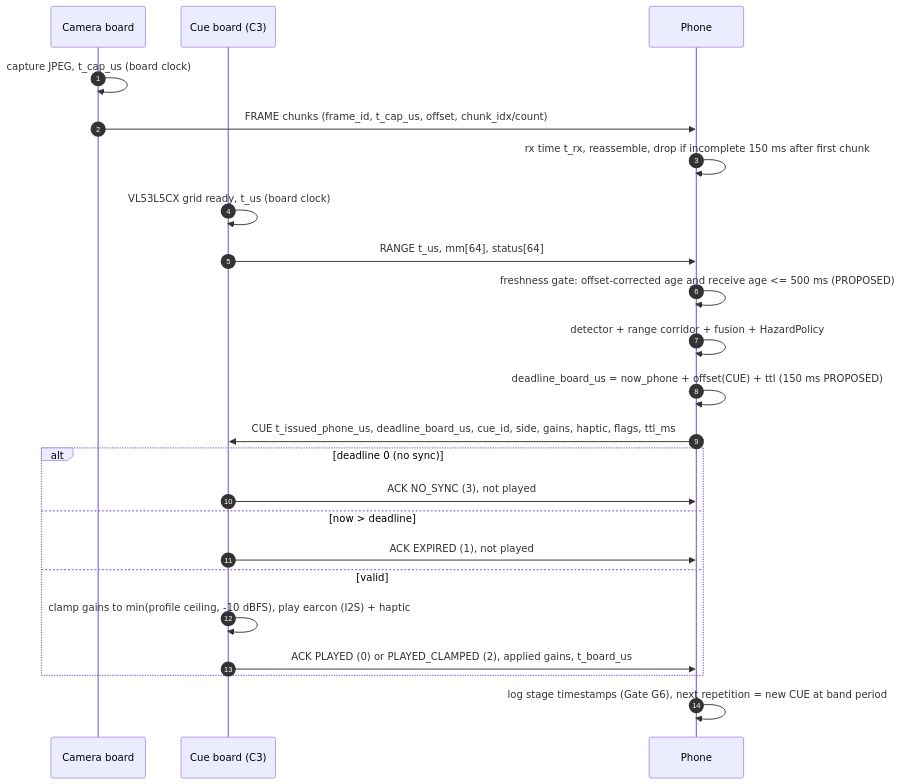
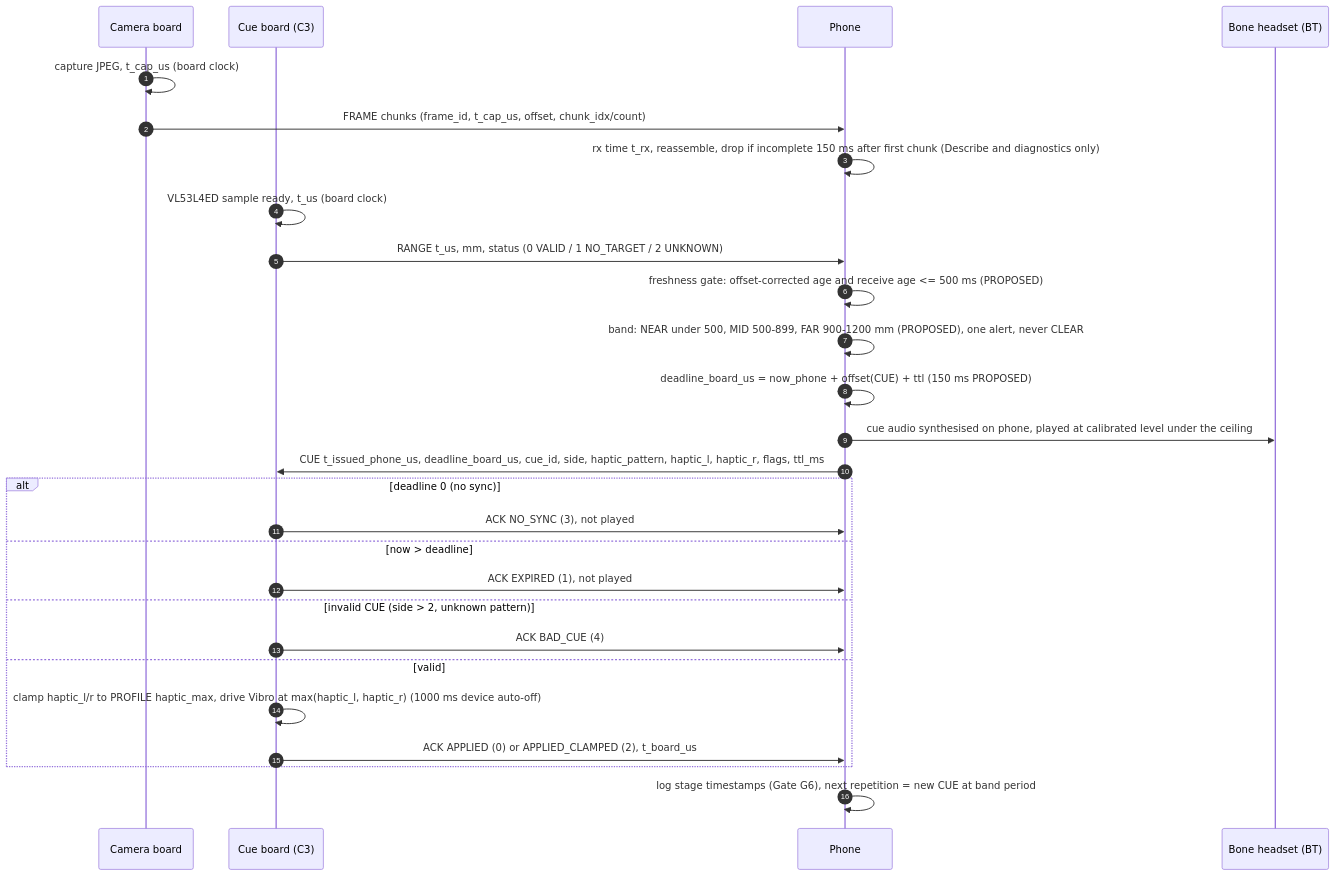
The fifth of 6 diagrams in docs/flows/hardware.md (nunera/Determine), drawn with Mermaid before and after one commit. The commit also changed other lines of this file and 159 other files, not shown here.

First line of the commit message:
Bring iOS app live with tuning, diagnostics, OCR and Vibro firmware

````diff
--- a/docs/flows/hardware.md
+++ b/docs/flows/hardware.md
@@ -213,25 +193,29 @@
 ```mermaid
 sequenceDiagram
   autonumber
   participant CAM as Camera board
   participant CUE as Cue board (C3)
   participant PH as Phone
+  participant HEAD as Bone headset (BT)
   CAM->>CAM: capture JPEG, t_cap_us (board clock)
   CAM->>PH: FRAME chunks (frame_id, t_cap_us, offset, chunk_idx/count)
-  PH->>PH: rx time t_rx, reassemble, drop if incomplete 150 ms after first chunk
-  CUE->>CUE: VL53L5CX grid ready, t_us (board clock)
-  CUE->>PH: RANGE t_us, mm[64], status[64]
+  PH->>PH: rx time t_rx, reassemble, drop if incomplete 150 ms after first chunk (Describe and diagnostics only)
+  CUE->>CUE: VL53L4ED sample ready, t_us (board clock)
+  CUE->>PH: RANGE t_us, mm, status (0 VALID / 1 NO_TARGET / 2 UNKNOWN)
   PH->>PH: freshness gate: offset-corrected age and receive age <= 500 ms (PROPOSED)
-  PH->>PH: detector + range corridor + fusion + HazardPolicy
+  PH->>PH: band: NEAR under 500, MID 500-899, FAR 900-1200 mm (PROPOSED), one alert, never CLEAR
   PH->>PH: deadline_board_us = now_phone + offset(CUE) + ttl (150 ms PROPOSED)
-  PH->>CUE: CUE t_issued_phone_us, deadline_board_us, cue_id, side, gains, haptic, flags, ttl_ms
+  PH->>HEAD: cue audio synthesised on phone, played at calibrated level under the ceiling
+  PH->>CUE: CUE t_issued_phone_us, deadline_board_us, cue_id, side, haptic_pattern, haptic_l, haptic_r, flags, ttl_ms
   alt deadline 0 (no sync)
     CUE->>PH: ACK NO_SYNC (3), not played
   else now > deadline
     CUE->>PH: ACK EXPIRED (1), not played
+  else invalid CUE (side > 2, unknown pattern)
+    CUE->>PH: ACK BAD_CUE (4)
   else valid
-    CUE->>CUE: clamp gains to min(profile ceiling, -10 dBFS), play earcon (I2S) + haptic
-    CUE->>PH: ACK PLAYED (0) or PLAYED_CLAMPED (2), applied gains, t_board_us
+    CUE->>CUE: clamp haptic_l/r to PROFILE haptic_max, drive Vibro at max(haptic_l, haptic_r) (1000 ms device auto-off)
+    CUE->>PH: ACK APPLIED (0) or APPLIED_CLAMPED (2), t_board_us
   end
   PH->>PH: log stage timestamps (Gate G6), next repetition = new CUE at band period
 ```
````
